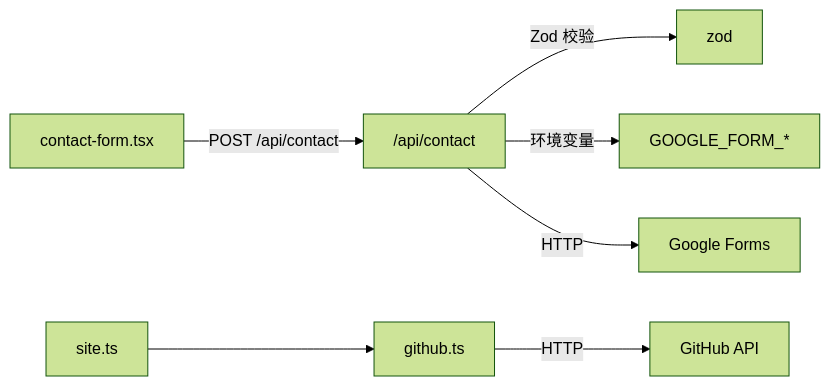
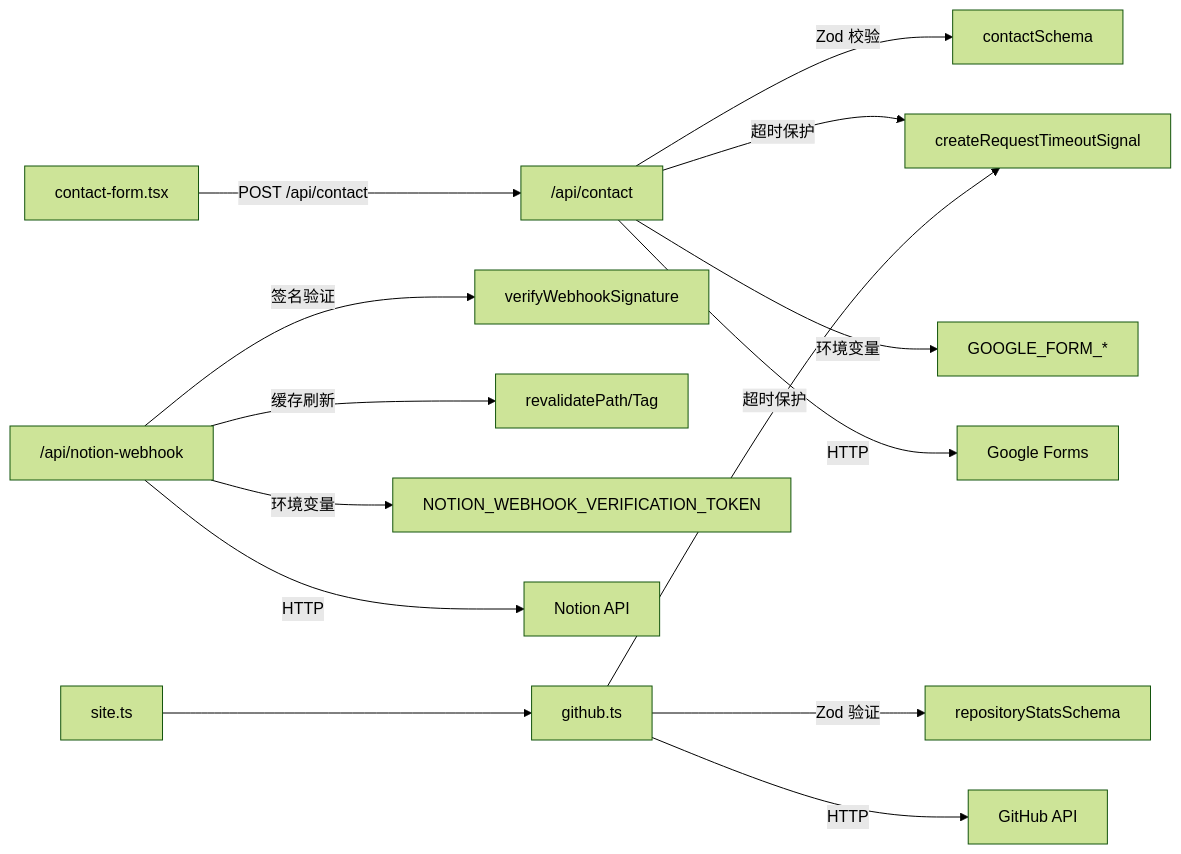
One commit to florianjsun/next-portfolio changed the sixth of 6 diagrams in .qoder/repowiki/zh/content/API接口文档/API接口文档.md. Above: the diagram before and after it, drawn with Mermaid (forest theme). The commit also changed other lines of this file and 49 other files, not shown here.

````diff
--- a/.qoder/repowiki/zh/content/API接口文档/API接口文档.md
+++ b/.qoder/repowiki/zh/content/API接口文档/API接口文档.md
@@ -223,9 +337,16 @@
 ```mermaid
 graph LR
 CF["contact-form.tsx"] --> |POST /api/contact| API["/api/contact"]
-API --> |Zod 校验| Z["zod"]
+API --> |Zod 校验| CS["contactSchema"]
+API --> |超时保护| HT["createRequestTimeoutSignal"]
 API --> |环境变量| ENV["GOOGLE_FORM_*"]
 API --> |HTTP| GF["Google Forms"]
+NW["/api/notion-webhook"] --> |签名验证| NVC["verifyWebhookSignature"]
+NW --> |缓存刷新| REVAL["revalidatePath/Tag"]
+NW --> |环境变量| NWENV["NOTION_WEBHOOK_VERIFICATION_TOKEN"]
+NW --> |HTTP| NOTION["Notion API"]
 CFG["site.ts"] --> GH["github.ts"]
+GH --> |超时保护| HT
+GH --> |Zod 验证| RSS["repositoryStatsSchema"]
 GH --> |HTTP| GA["GitHub API"]
 ```
````
